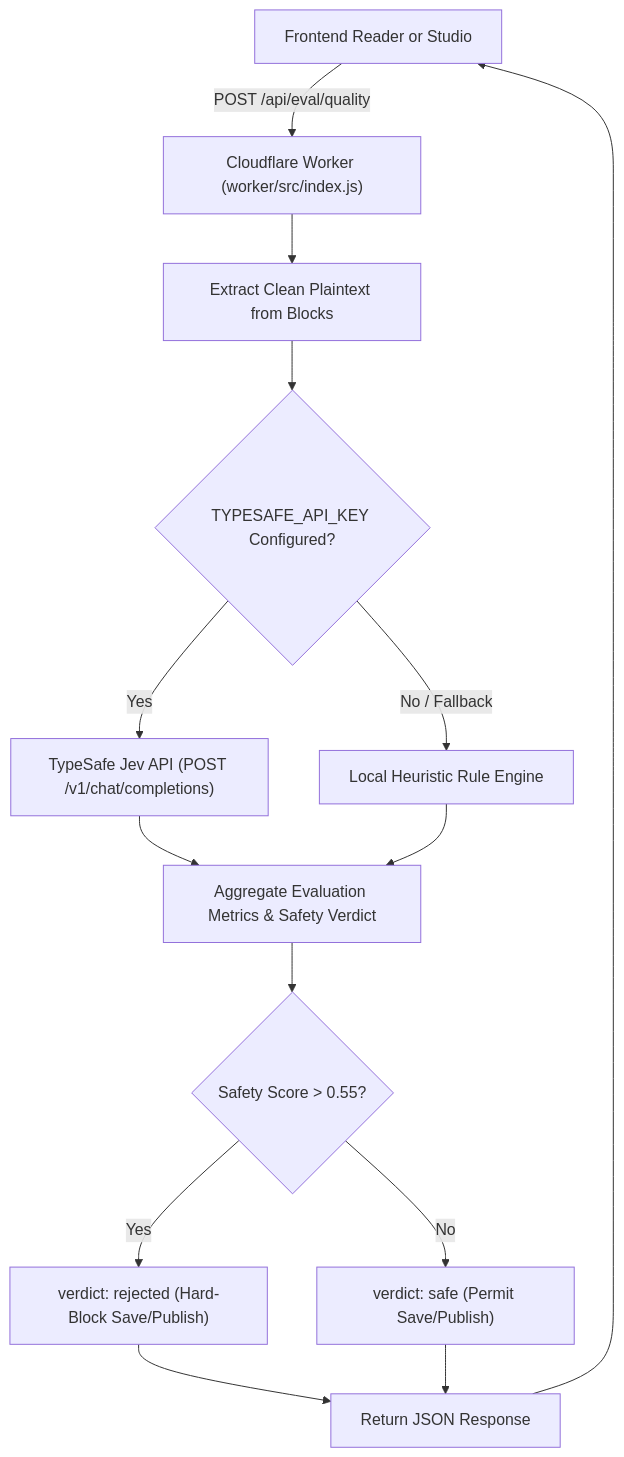
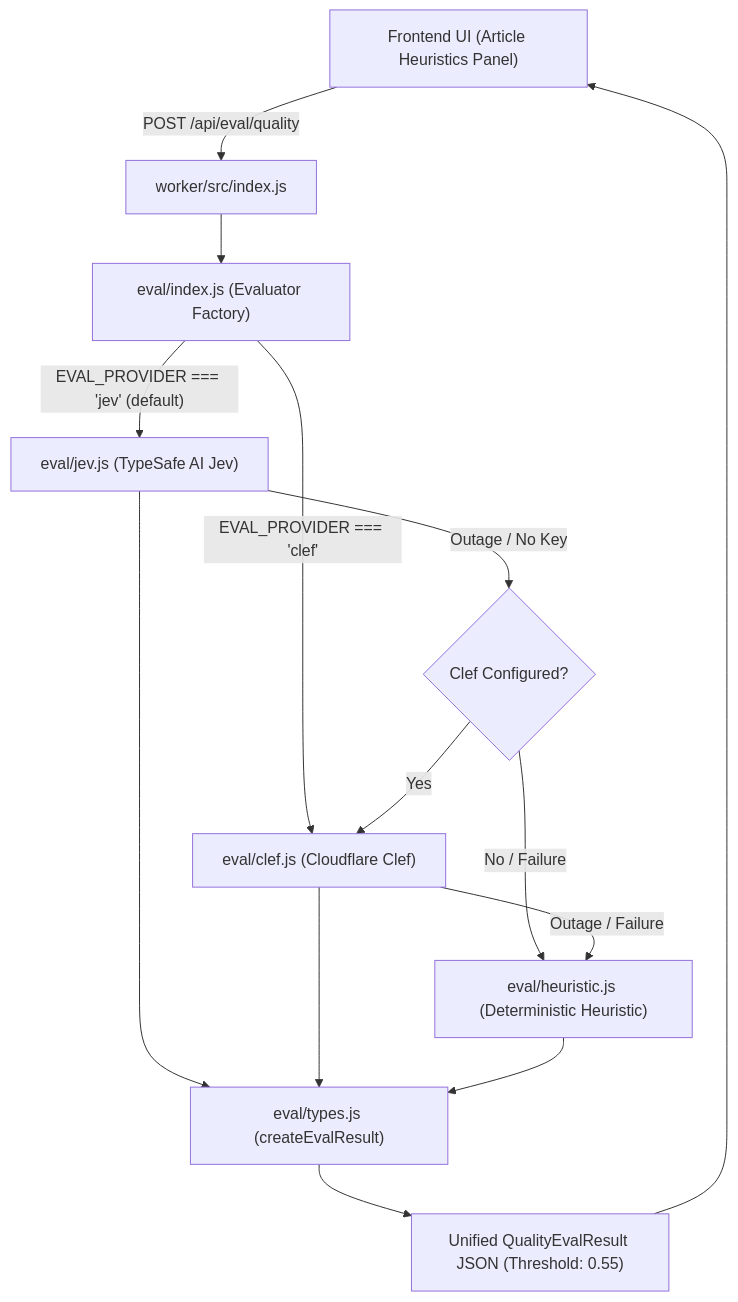
Before and after one commit to AmritSDutta/kalidass: the diagram in docs/worker/quality-eval.mdx, drawn with Mermaid. The commit also changed other lines of this file and 14 other files, not shown here.

Commit message:
refactoring jev evaluation

````diff
--- a/docs/worker/quality-eval.mdx
+++ b/docs/worker/quality-eval.mdx
@@ -12,16 +12,16 @@
 ```mermaid
 flowchart TD
-  Client["Frontend Reader or Studio"] -->|"POST /api/eval/quality"| Worker["Cloudflare Worker (worker/src/index.js)"]
-  Worker --> Extract["Extract Clean Plaintext from Blocks"]
-  Extract --> CheckKey{"TYPESAFE_API_KEY Configured?"}
-  CheckKey -->|"Yes"| JevAPI["TypeSafe Jev API (POST /v1/chat/completions)"]
-  CheckKey -->|"No / Fallback"| LocalEval["Local Heuristic Rule Engine"]
-  JevAPI --> Aggregate["Aggregate Evaluation Metrics & Safety Verdict"]
-  LocalEval --> Aggregate
-  Aggregate --> SafetyGate{"Safety Score > 0.55?"}
-  SafetyGate -->|"Yes"| Rejected["verdict: rejected (Hard-Block Save/Publish)"]
-  SafetyGate -->|"No"| Safe["verdict: safe (Permit Save/Publish)"]
-  Rejected --> JSONResp["Return JSON Response"]
-  Safe --> JSONResp
-  JSONResp --> Client
+  Client["Frontend UI (Article Heuristics Panel)"] -->|"POST /api/eval/quality"| Worker["worker/src/index.js"]
+  Worker --> Router["eval/index.js (Evaluator Factory)"]
+  Router -->|"EVAL_PROVIDER === 'jev' (default)"| JevProvider["eval/jev.js (TypeSafe AI Jev)"]
+  Router -->|"EVAL_PROVIDER === 'clef'"| ClefProvider["eval/clef.js (Cloudflare Clef)"]
+  JevProvider -->|"Outage / No Key"| CascadeClef{"Clef Configured?"}
+  CascadeClef -->|"Yes"| ClefProvider
+  CascadeClef -->|"No / Failure"| HeuristicProvider["eval/heuristic.js (Deterministic Heuristic)"]
+  ClefProvider -->|"Outage / Failure"| HeuristicProvider
+  JevProvider --> Normalizer["eval/types.js (createEvalResult)"]
+  ClefProvider --> Normalizer
+  HeuristicProvider --> Normalizer
+  Normalizer --> Response["Unified QualityEvalResult JSON (Threshold: 0.55)"]
+  Response --> Client
 ```
````
